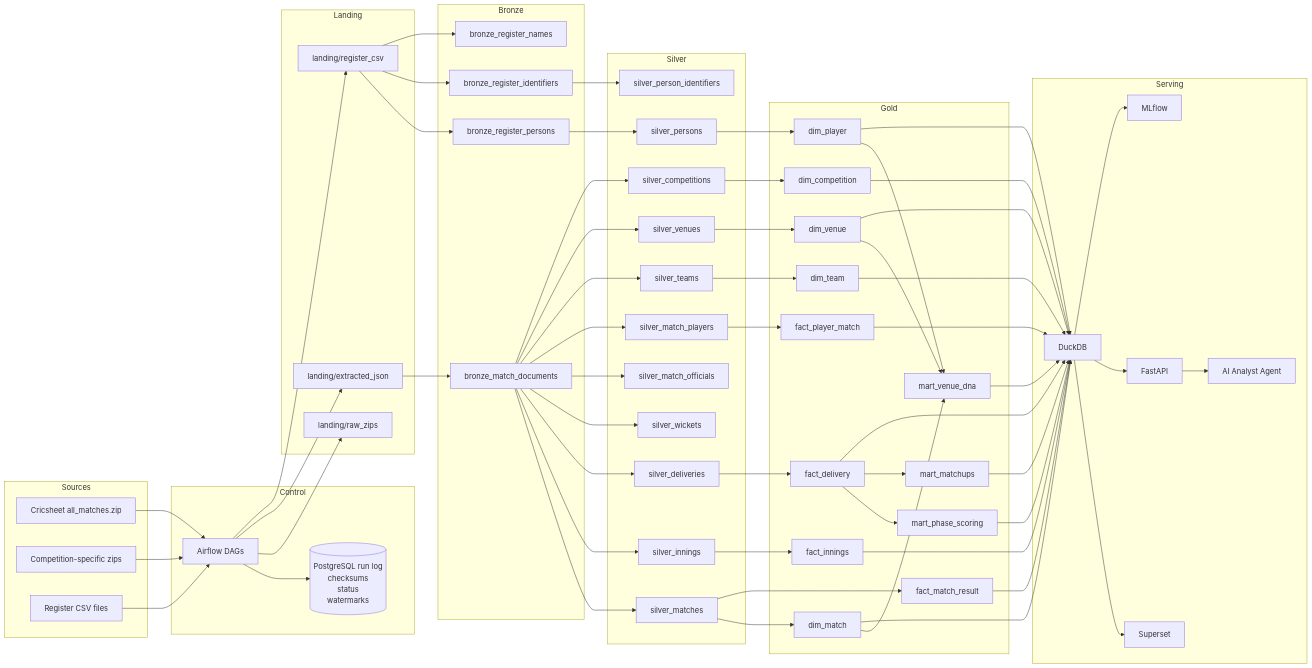
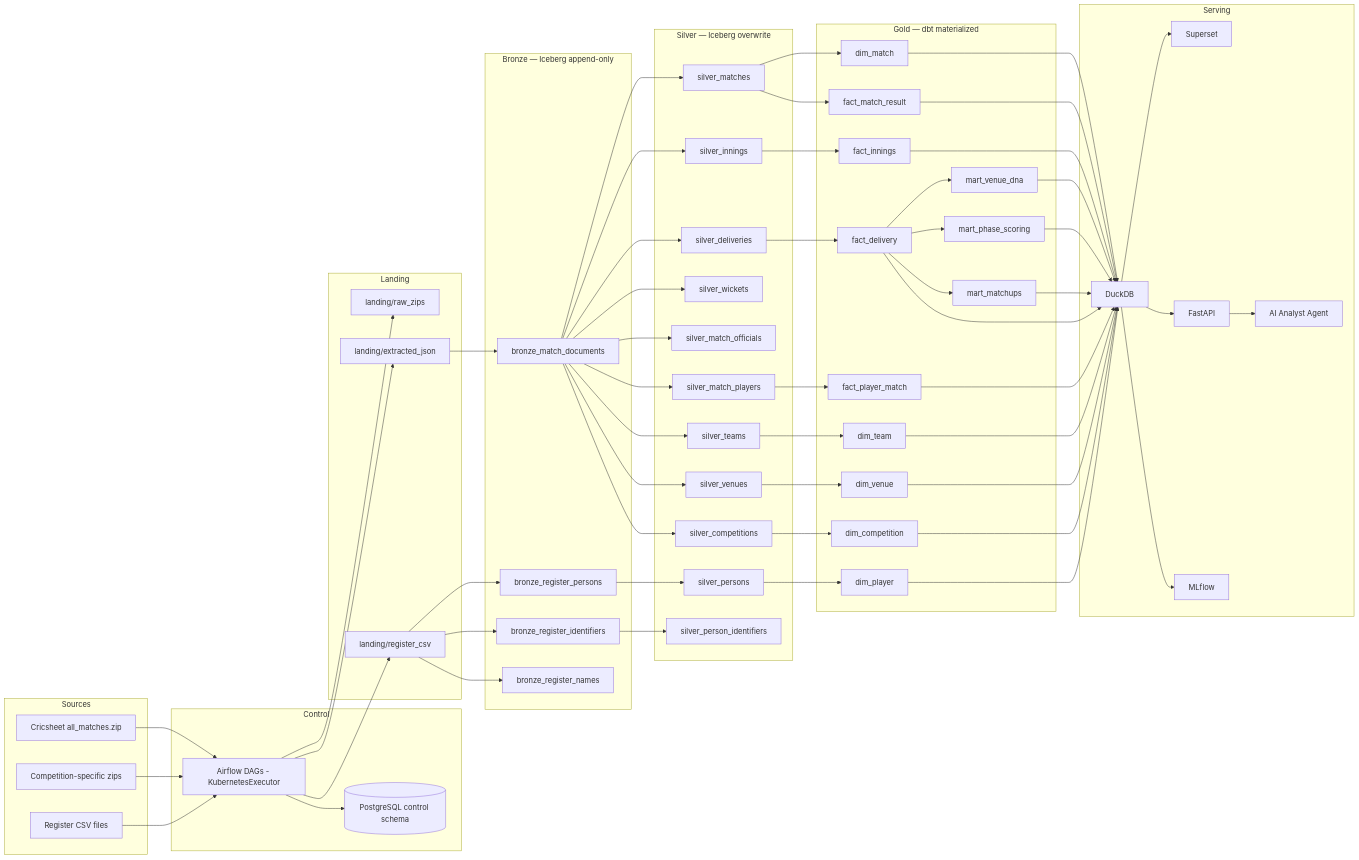
One commit to mindwanders1993/cricket_intelligence_platform changed the second of 2 diagrams in README.md. Above: the diagram before and after it, drawn with Mermaid. The commit also changed other lines of this file and 3 other files, not shown here.

Commit message:
Added architecture diagrams

```diff
--- a/README.md
+++ b/README.md
@@ -245,8 +249,8 @@
     end
 
     subgraph Control
-        AF[Airflow DAGs]
-        CTRL[(PostgreSQL run log\nchecksums\nstatus\nwatermarks)]
+        AF[Airflow DAGs - KubernetesExecutor]
+        CTRL[(PostgreSQL control schema)]
     end
 
     subgraph Landing
@@ -255,14 +259,14 @@
         L3[landing/register_csv]
     end
 
-    subgraph Bronze
+    subgraph Bronze[Bronze — Iceberg append-only]
         B1[bronze_match_documents]
         B2[bronze_register_persons]
         B3[bronze_register_identifiers]
         B4[bronze_register_names]
     end
 
-    subgraph Silver
+    subgraph Silver[Silver — Iceberg overwrite]
         S1[silver_matches]
         S2[silver_innings]
         S3[silver_deliveries]
@@ -276,7 +280,7 @@
         S11[silver_competitions]
     end
 
-    subgraph Gold
+    subgraph Gold[Gold — dbt materialized]
         G1[dim_player]
         G2[dim_match]
         G3[dim_team]
@@ -299,13 +303,10 @@
         MLF[MLflow]
     end
 
-    C1 --> AF
-    C2 --> AF
-    C3 --> AF
+    C1 --> AF --> L1
+    C2 --> AF --> L2
+    C3 --> AF --> L3
     AF --> CTRL
-    AF --> L1
-    AF --> L2
-    AF --> L3
     L2 --> B1
     L3 --> B2
     L3 --> B3
@@ -330,9 +331,7 @@
     S11 --> G5
     S1 --> G8
     S8 --> G9
-    G1 --> G10
-    G2 --> G10
-    G4 --> G10
+    G6 --> G10
     G6 --> G11
     G6 --> G12
     G1 --> DU
```
